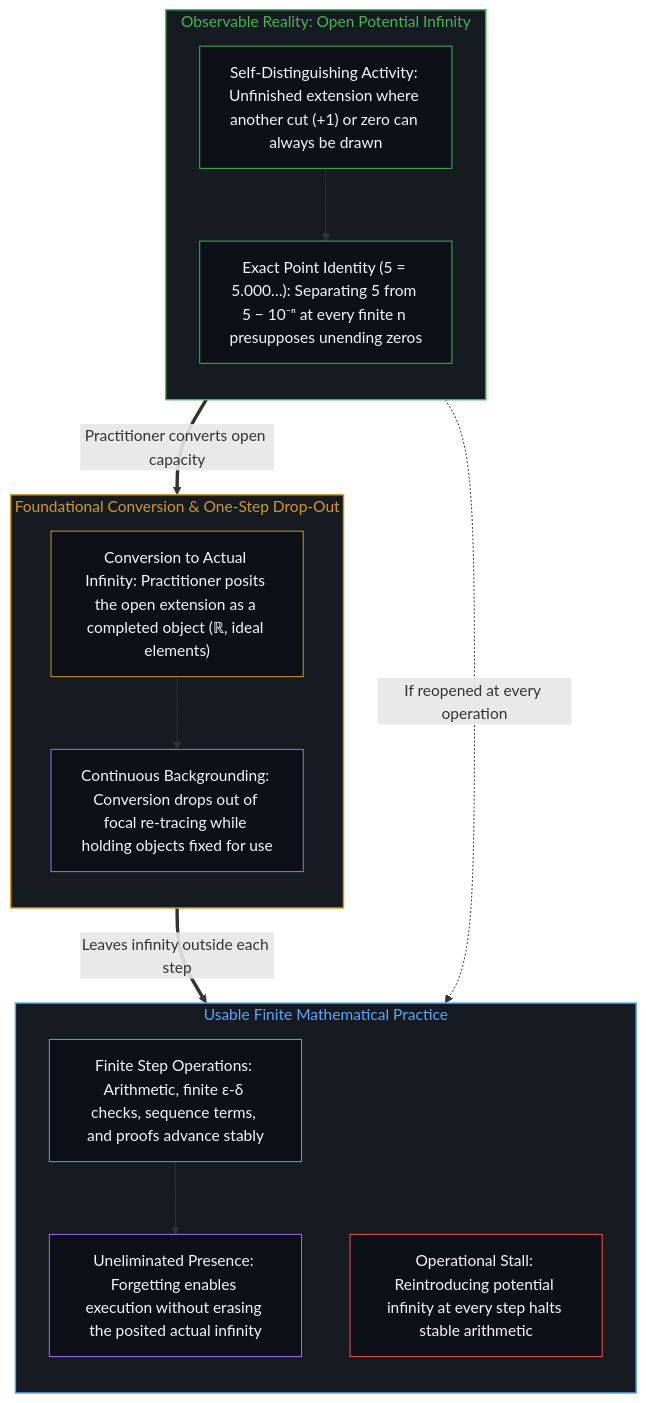
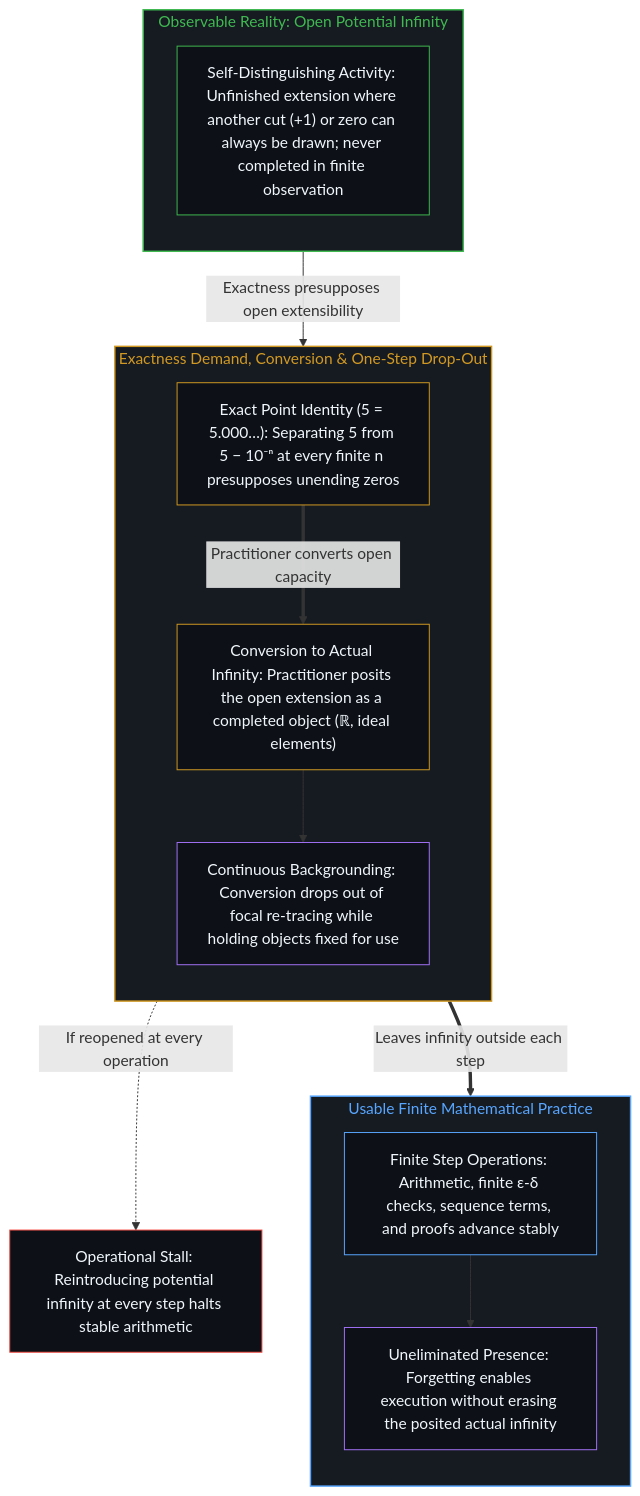
The second of 4 diagrams in content/posts/the-built-in-infinity-of-integers-and-the-backgrounded-choice.md (powerpig99/not-a-toe), drawn with Mermaid before and after one commit. The commit also changed other lines of this file and 4 other files, not shown here.

````diff
--- a/content/posts/the-built-in-infinity-of-integers-and-the-backgrounded-choice.md
+++ b/content/posts/the-built-in-infinity-of-integers-and-the-backgrounded-choice.md
@@ -57,35 +57,35 @@
 ```mermaid
 flowchart TD
     subgraph S_Edge["Observable Reality: Open Potential Infinity"]
         direction TB
-        Act["Self-Distinguishing Activity: Unfinished extension where another cut (+1) or zero can always be drawn"]
+        Act["Self-Distinguishing Activity: Unfinished extension where another cut (+1) or zero can always be drawn; never completed in finite observation"]
+    end
+    subgraph S_Conv["Exactness Demand, Conversion & One-Step Drop-Out"]
+        direction TB
         Exact["Exact Point Identity (5 = 5.000…): Separating 5 from 5 − 10⁻ⁿ at every finite n presupposes unending zeros"]
-        Act --> Exact
-    end
-    subgraph S_Conv["Foundational Conversion & One-Step Drop-Out"]
-        direction TB
         Ideal["Conversion to Actual Infinity: Practitioner posits the open extension as a completed object (ℝ, ideal elements)"]
         Bg["Continuous Backgrounding: Conversion drops out of focal re-tracing while holding objects fixed for use"]
+        Exact ==>|"Practitioner converts open capacity"| Ideal
         Ideal --> Bg
     end
     subgraph S_Use["Usable Finite Mathematical Practice"]
         direction TB
         Ops["Finite Step Operations: Arithmetic, finite ε-δ checks, sequence terms, and proofs advance stably"]
         Latent["Uneliminated Presence: Forgetting enables execution without erasing the posited actual infinity"]
-        Stall["Operational Stall: Reintroducing potential infinity at every step halts stable arithmetic"]
         Ops --> Latent
     end
-    Exact ==>|"Practitioner converts open capacity"| Ideal
+    Stall["Operational Stall: Reintroducing potential infinity at every step halts stable arithmetic"]
+    Act -->|"Exactness presupposes open extensibility"| Exact
     Bg ==>|"Leaves infinity outside each step"| Ops
     Exact -.->|"If reopened at every operation"| Stall
     style S_Edge fill:#161b22,stroke:#3fb950,stroke-width:1.5px,color:#3fb950
     style S_Conv fill:#161b22,stroke:#d29922,stroke-width:1.5px,color:#d29922
     style S_Use fill:#161b22,stroke:#58a6ff,stroke-width:1.5px,color:#58a6ff
     style Act fill:#0d1117,stroke:#3fb950,stroke-width:1px,color:#f0f6fc
-    style Exact fill:#0d1117,stroke:#3fb950,stroke-width:1px,color:#f0f6fc
+    style Exact fill:#0d1117,stroke:#d29922,stroke-width:1px,color:#f0f6fc
     style Ideal fill:#0d1117,stroke:#d29922,stroke-width:1px,color:#f0f6fc
     style Bg fill:#0d1117,stroke:#a371f7,stroke-width:1px,color:#f0f6fc
     style Ops fill:#0d1117,stroke:#58a6ff,stroke-width:1px,color:#f0f6fc
     style Latent fill:#0d1117,stroke:#a371f7,stroke-width:1px,color:#f0f6fc
     style Stall fill:#0d1117,stroke:#f85149,stroke-width:1px,color:#f0f6fc
 ```
````
